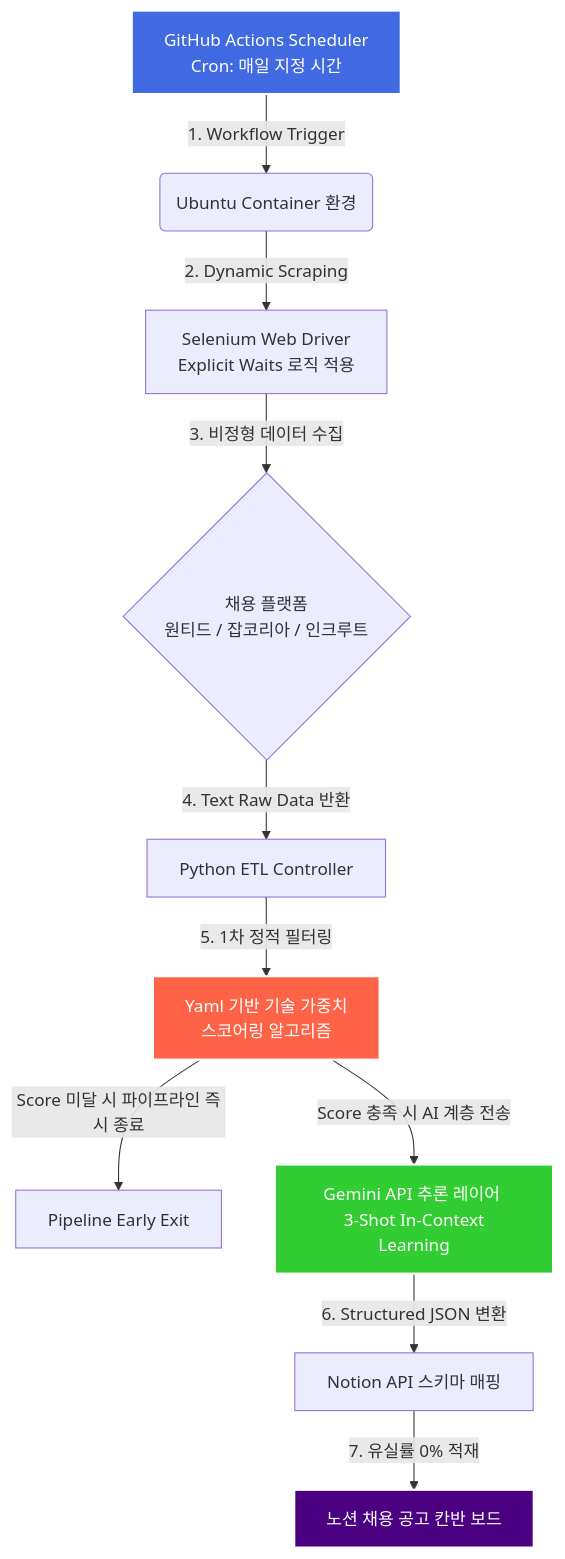
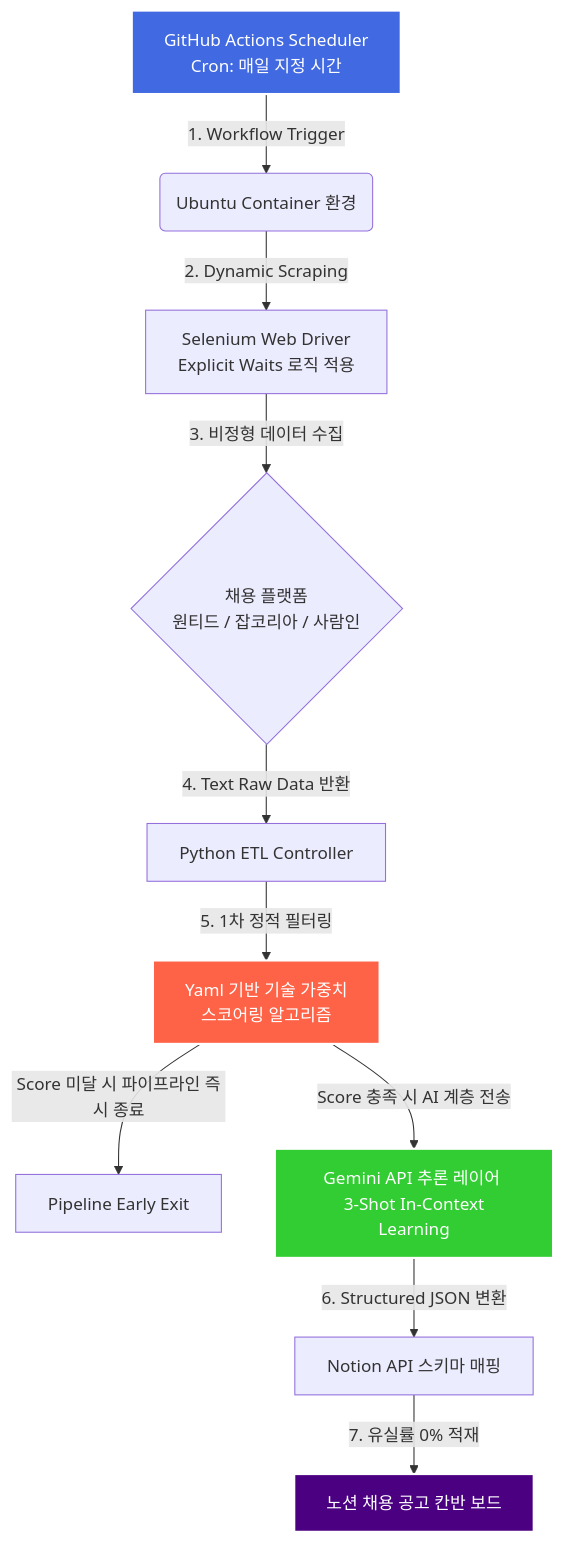
The diagram in README.md (hoyonzz/web-crawler), drawn with Mermaid before and after one commit. The commit also changed other lines of this file, not shown here.

````diff
--- a/README.md
+++ b/README.md
@@ -21,25 +28,25 @@
 ```mermaid
 graph TD
     %% Trigger Layer
     A["GitHub Actions Scheduler <br> Cron: 매일 지정 시간"] -->|1. Workflow Trigger| B("Ubuntu Container 환경")
 
     %% Extract Layer
     B -->|2. Dynamic Scraping| C["Selenium Web Driver <br> Explicit Waits 로직 적용"]
-    C -->|3. 비정형 데이터 수집| D{"채용 플랫폼 <br> 원티드 / 잡코리아 / 인크루트"}
+    C -->|3. 비정형 데이터 수집| D{"채용 플랫폼 <br> 원티드 / 잡코리아 / 사람인"}
 
     %% Transform & Filter Layer
     D -->|4. Text Raw Data 반환| E["Python ETL Controller"]
     E -->|5. 1차 정적 필터링| F["Yaml 기반 기술 가중치 <br> 스코어링 알고리즘"]
     F -->|Score 미달 시 파이프라인 즉시 종료| X["Pipeline Early Exit"]
     F -->|Score 충족 시 AI 계층 전송| G["Gemini API 추론 레이어 <br> 3-Shot In-Context Learning"]
 
     %% Load Layer
     G -->|6. Structured JSON 변환| H["Notion API 스키마 매핑"]
     H -->|7. 유실률 0% 적재| I["노션 채용 공고 칸반 보드"]
 
     %% Styling
     style A fill:#4169E1,stroke:#fff,stroke-width:2px,color:#fff
     style F fill:#FF6347,stroke:#fff,stroke-width:2px,color:#fff
     style G fill:#32CD32,stroke:#fff,stroke-width:2px,color:#fff
     style I fill:#4B0082,stroke:#fff,stroke-width:2px,color:#fff
 ```
````
